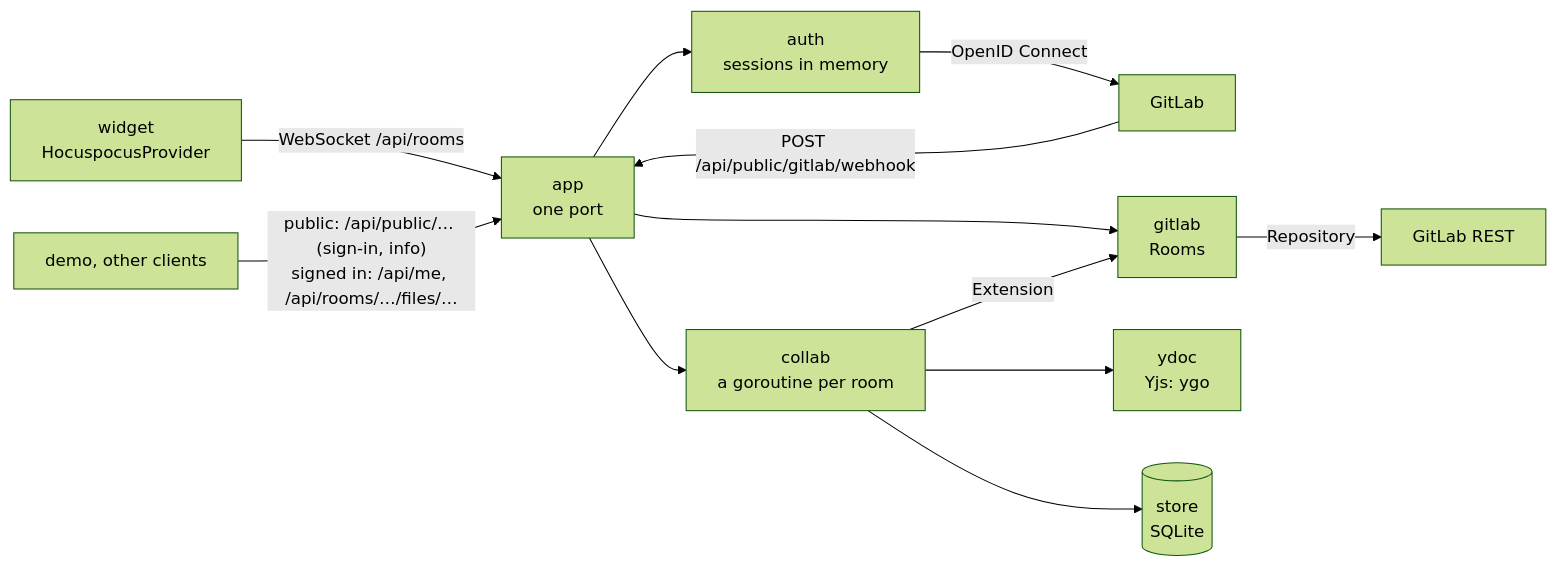
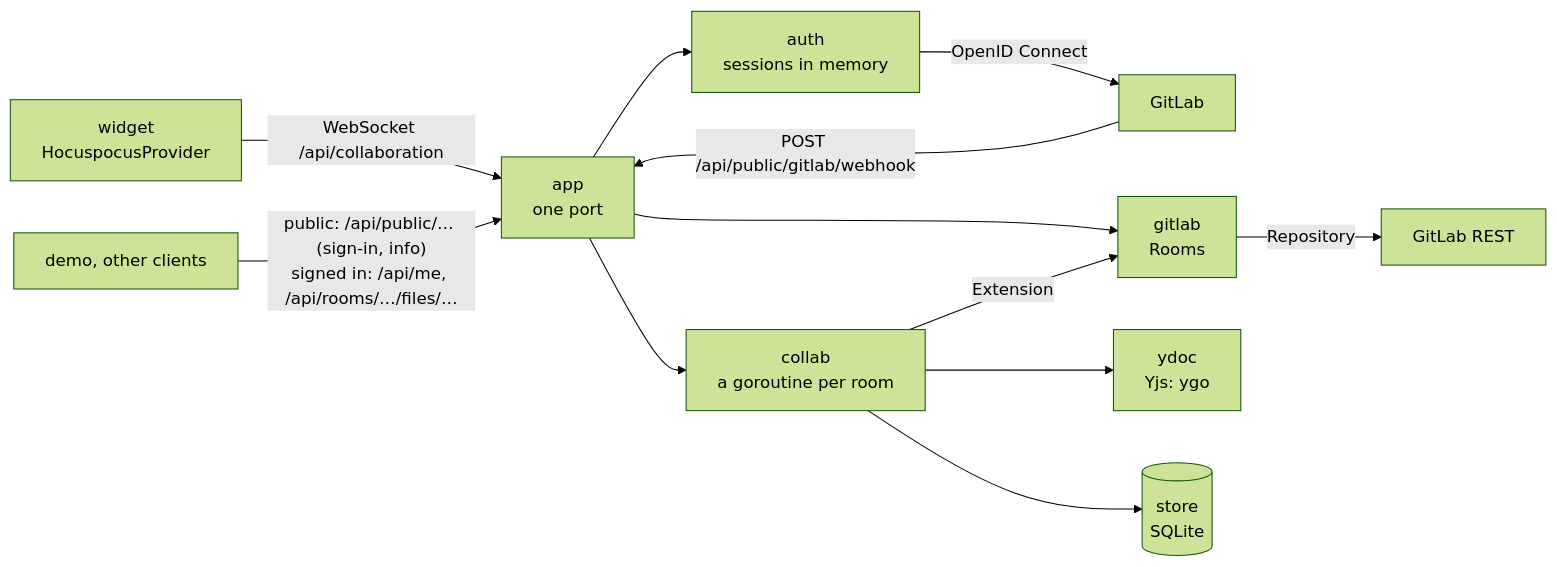
Before and after one commit to sandstorm/zwiebelfisch: the diagram in docs/diagrams/server.mmd, drawn with Mermaid (forest theme). The commit also changed 13 other files, not shown here.

Commit message:
Collaboration WebSocket at /api/collaboration (one connection carries several rooms); room files stay at /api/rooms/{room}/files/…

```diff
--- a/docs/diagrams/server.mmd
+++ b/docs/diagrams/server.mmd
@@ -1,12 +1,12 @@
 flowchart LR
-  W[widget<br/>HocuspocusProvider] -- "WebSocket /api/rooms" --> A
+  W[widget<br/>HocuspocusProvider] -- "WebSocket /api/collaboration" --> A
   B[demo, other clients] -- "public: /api/public/… (sign-in, info)<br/>signed in: /api/me, /api/rooms/…/files/…" --> A
   A --> AU[auth<br/>sessions in memory]
   AU -- "OpenID Connect" --> GL
   GL[GitLab] -- "POST /api/public/gitlab/webhook" --> A
   A[app<br/>one port] --> C[collab<br/>a goroutine per room]
   A --> X
   C --> Y[ydoc<br/>Yjs: ygo]
   C --> S[(store<br/>SQLite)]
   C -- Extension --> X[gitlab<br/>Rooms]
   X -- Repository --> R[GitLab REST]
```
